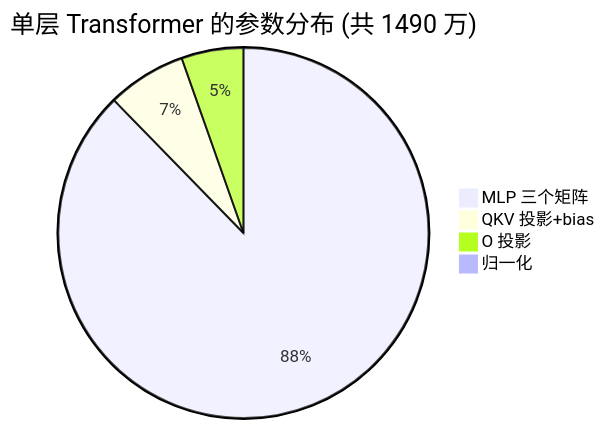
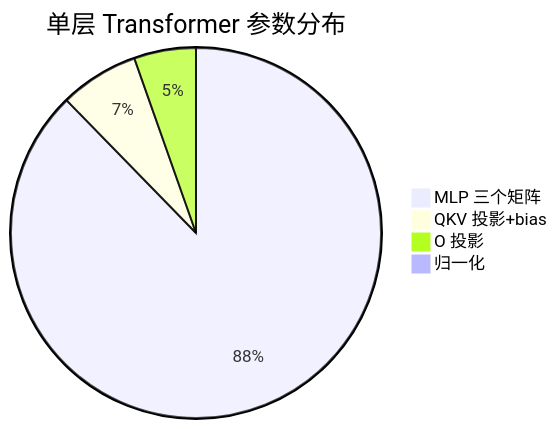
The first of 2 diagrams in docs/01-basics.md (Michelinboard436/inference-learn), drawn with Mermaid before and after one commit. The commit also changed other lines of this file and 2 other files, not shown here.

Commit message:
fix: VitePress 安装 Mermaid 插件 + 修复 pie 图标题
根本原因: VitePress 默认不渲染 Mermaid, 需要插件
- 安装 vitepress-plugin-mermaid
- config 用 withMermaid 包裹
- 修复 pie 标题去掉中文括号 (Mermaid 不支持)

````diff
--- a/docs/01-basics.md
+++ b/docs/01-basics.md
@@ -350,7 +350,7 @@
 ```mermaid
-pie title 单层 Transformer 的参数分布 (共 1490 万)
+pie title 单层 Transformer 参数分布
     "MLP 三个矩阵" : 87.7
     "QKV 投影+bias" : 6.9
     "O 投影" : 5.4
     "归一化" : 0.01
 ```
````
